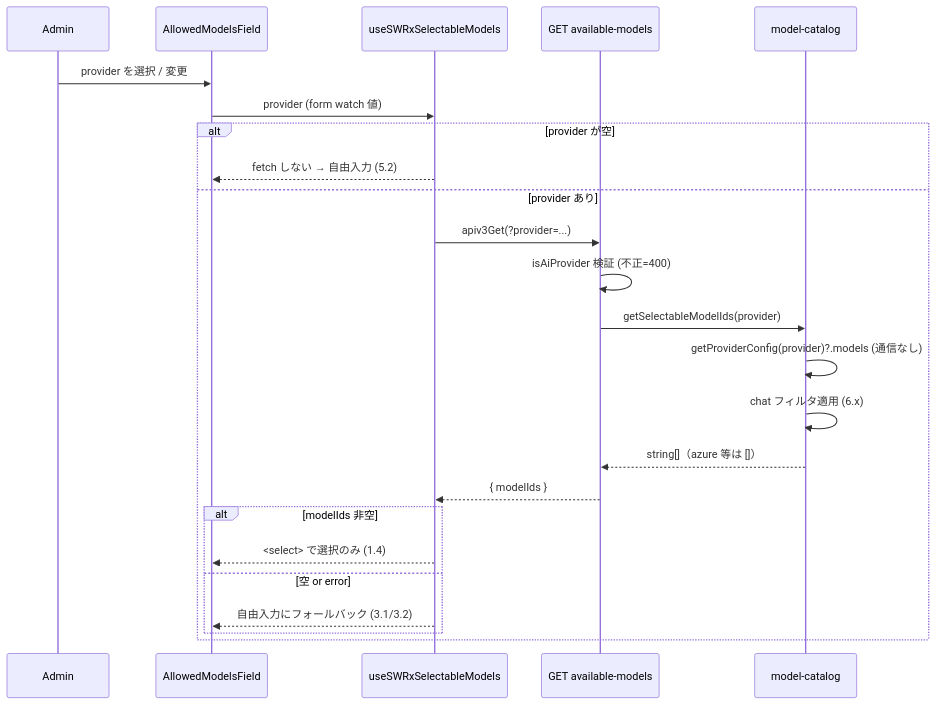
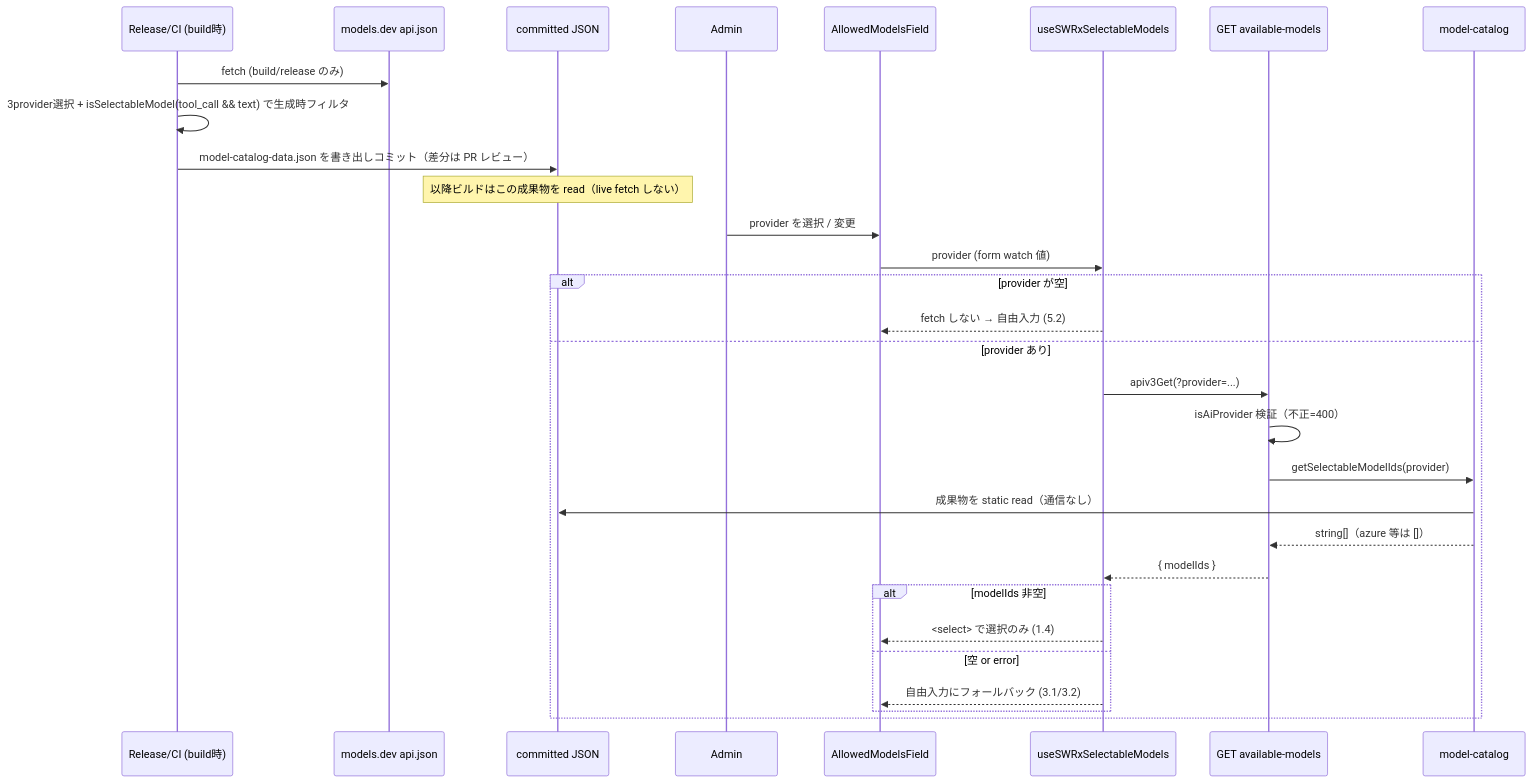
The second of 2 diagrams in .kiro/specs/ai-settings-model-picker/design.md (growilabs/growi), drawn with Mermaid before and after one commit. The commit also changed other lines of this file and 2 other files, not shown here.

First line of the commit message:
Update ai-settings-model-picker spec and tasks for implementation readiness

````diff
--- a/.kiro/specs/ai-settings-model-picker/design.md
+++ b/.kiro/specs/ai-settings-model-picker/design.md
@@ -131,26 +149,33 @@
 ```mermaid
 sequenceDiagram
+    participant Rel as Release/CI (build時)
+    participant MD as models.dev api.json
+    participant Repo as committed JSON
+    Rel->>MD: fetch (build/release のみ)
+    Rel->>Rel: 3provider選択 + isSelectableModel(tool_call && text) で生成時フィルタ
+    Rel->>Repo: model-catalog-data.json を書き出しコミット（差分は PR レビュー）
+    Note over Repo: 以降ビルドはこの成果物を read（live fetch しない）
+
     participant Admin
     participant Field as AllowedModelsField
     participant Hook as useSWRxSelectableModels
     participant API as GET available-models
     participant Cat as model-catalog
     Admin->>Field: provider を選択 / 変更
     Field->>Hook: provider (form watch 値)
     alt provider が空
         Hook-->>Field: fetch しない → 自由入力 (5.2)
     else provider あり
         Hook->>API: apiv3Get(?provider=...)
-        API->>API: isAiProvider 検証 (不正=400)
+        API->>API: isAiProvider 検証（不正=400）
         API->>Cat: getSelectableModelIds(provider)
-        Cat->>Cat: getProviderConfig(provider)?.models (通信なし)
-        Cat->>Cat: chat フィルタ適用 (6.x)
+        Cat->>Repo: 成果物を static read（通信なし）
         Cat-->>API: string[]（azure 等は []）
         API-->>Hook: { modelIds }
         alt modelIds 非空
             Hook-->>Field: <select> で選択のみ (1.4)
         else 空 or error
             Hook-->>Field: 自由入力にフォールバック (3.1/3.2)
         end
     end
 ```
````
